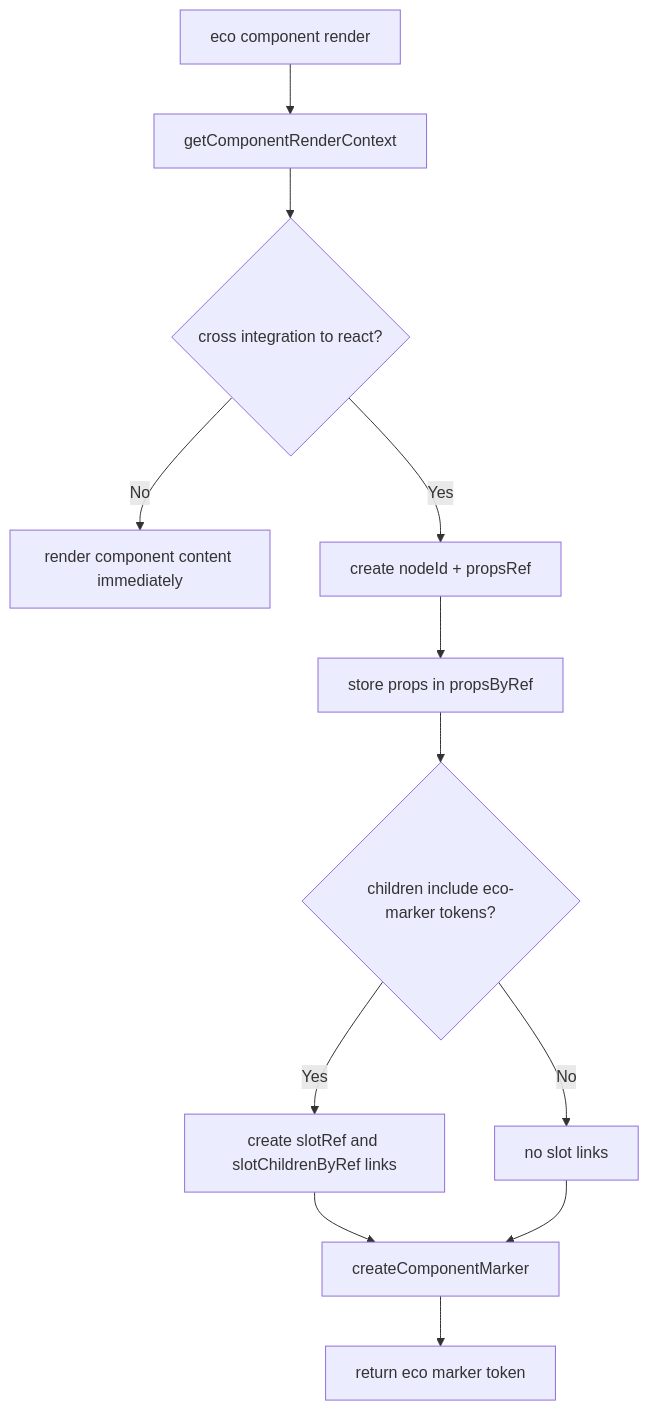
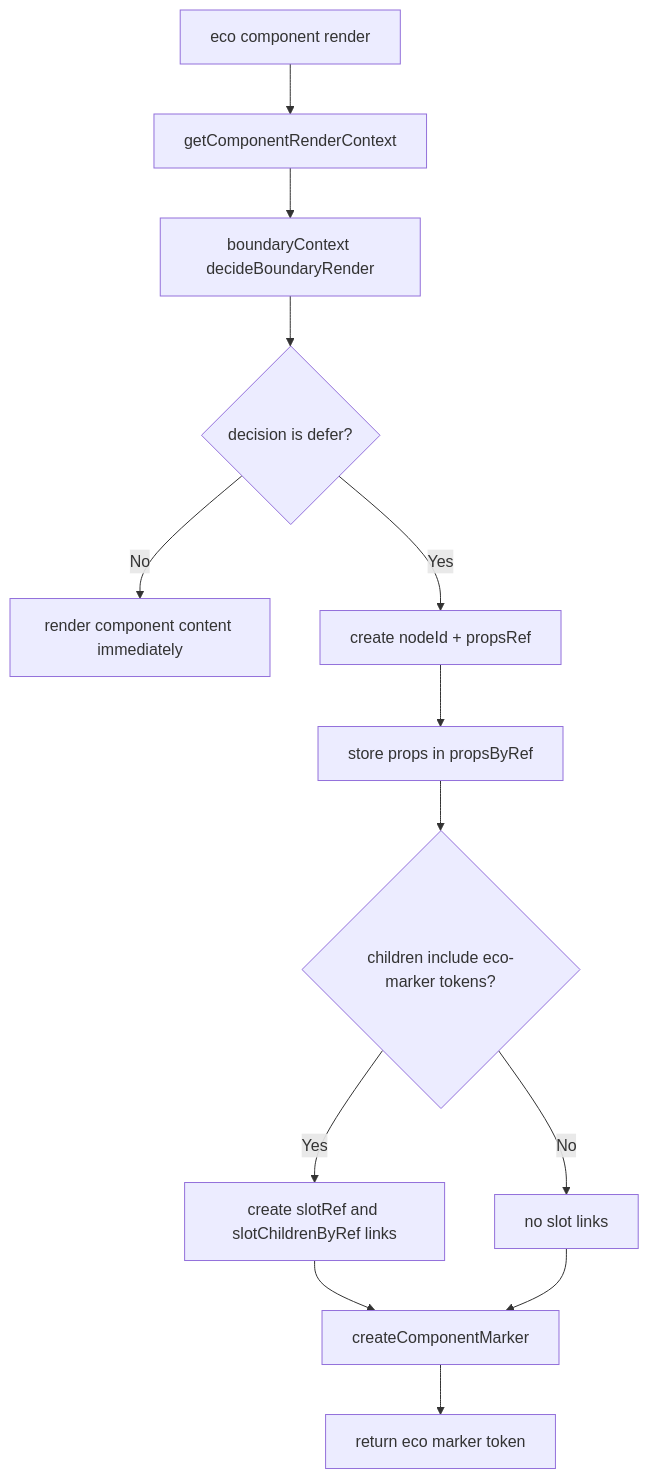
One commit to ecopages/ecopages changed the eighth of 11 diagrams in packages/core/src/route-renderer/GRAPH.md. Above: the diagram before and after it, drawn with Mermaid. The commit also changed other lines of this file and 14 other files, not shown here.

Commit message:
feat(core): implement boundary rendering policy for cross-integration components

````diff
--- a/packages/core/src/route-renderer/GRAPH.md
+++ b/packages/core/src/route-renderer/GRAPH.md
@@ -206,14 +255,15 @@
 ```mermaid
 flowchart TD
   A[eco component render] --> B[getComponentRenderContext]
-  B --> C{cross integration to react?}
-  C -- No --> D[render component content immediately]
-  C -- Yes --> E[create nodeId + propsRef]
-  E --> F[store props in propsByRef]
-  F --> G{children include eco-marker tokens?}
-  G -- Yes --> H[create slotRef and slotChildrenByRef links]
-  G -- No --> I[no slot links]
-  H --> J[createComponentMarker]
-  I --> J
-  J --> K[return eco marker token]
+  B --> C[boundaryContext decideBoundaryRender]
+  C --> D{decision is defer?}
+  D -- No --> E[render component content immediately]
+  D -- Yes --> F[create nodeId + propsRef]
+  F --> G[store props in propsByRef]
+  G --> H{children include eco-marker tokens?}
+  H -- Yes --> I[create slotRef and slotChildrenByRef links]
+  H -- No --> J[no slot links]
+  I --> K[createComponentMarker]
+  J --> K
+  K --> L[return eco marker token]
 ```
````
